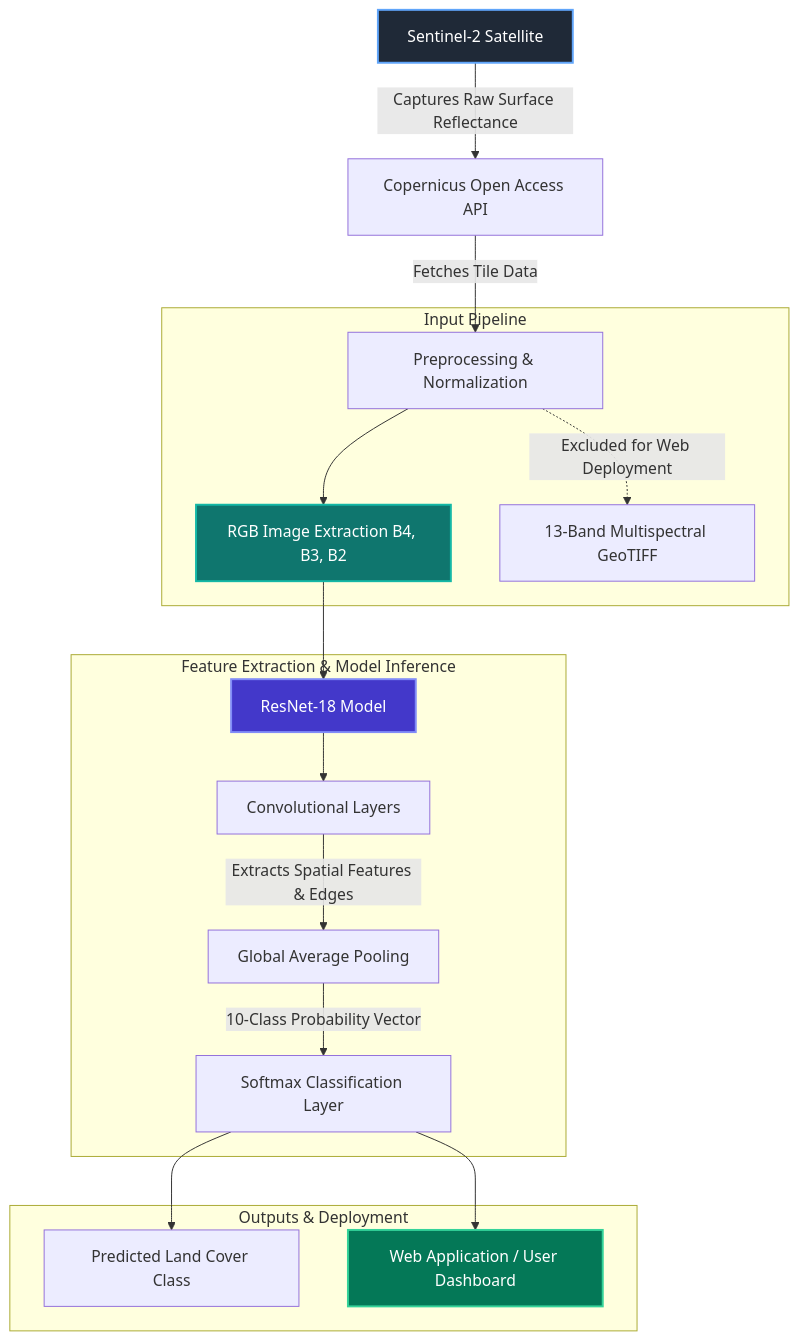
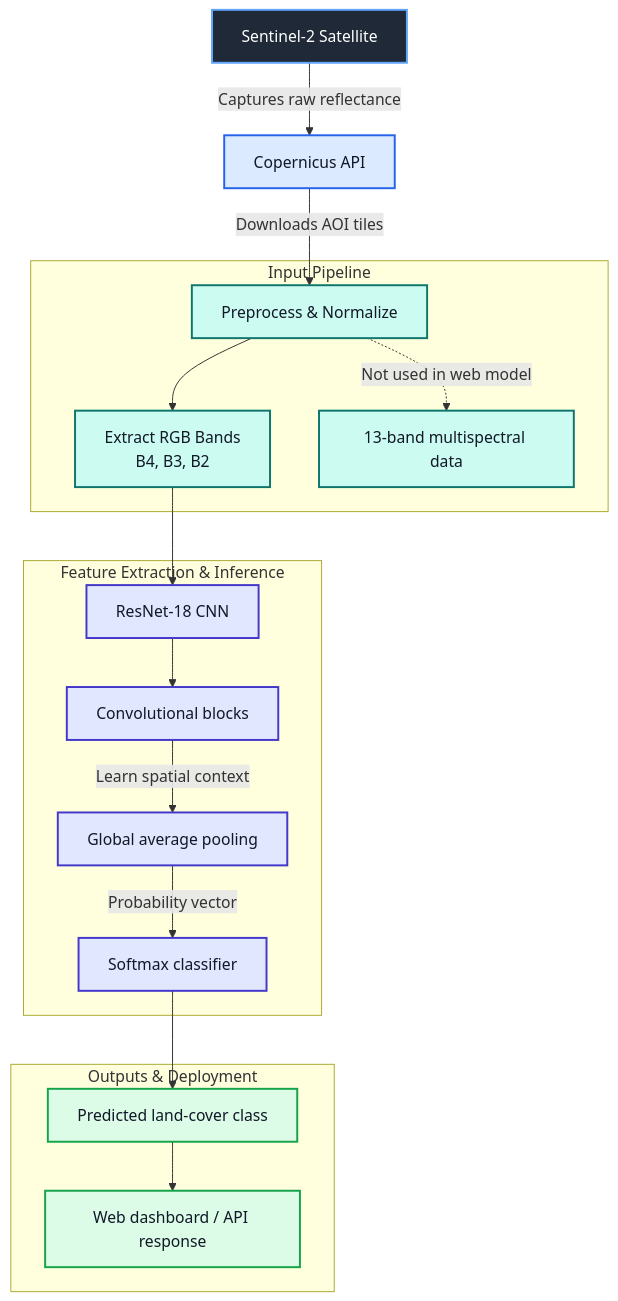
The diagram in README_MODEL.md (DariusSasarman/Land-cover-classification-ROSPIN-Summer-School), drawn with Mermaid before and after one commit.

Commit message:
modified the graph in README_MODEL.md

````diff
--- a/README_MODEL.md
+++ b/README_MODEL.md
@@ -293,27 +293,34 @@
 ```mermaid
 graph TD
-    A[Sentinel-2 Satellite] -->|Captures Raw Surface Reflectance| B[Copernicus Open Access API]
-    B -->|Fetches Tile Data| C[Preprocessing & Normalization]
+    A[Sentinel-2 Satellite] -->|Captures raw reflectance| B[Copernicus API]
+    B -->|Downloads AOI tiles| C[Preprocess & Normalize]
 
-    subgraph Input Pipeline
-        C --> D[RGB Image Extraction B4, B3, B2]
-        C -.->|Excluded for Web Deployment| E[13-Band Multispectral GeoTIFF]
+    subgraph Input Pipeline[Input Pipeline]
+        C --> D[Extract RGB Bands<br/>B4, B3, B2]
+        C -.->|Not used in web model| E[13-band multispectral data]
     end
 
-    subgraph Feature Extraction & Model Inference
-        D --> F[ResNet-18 Model]
-        F --> G[Convolutional Layers]
-        G -->|Extracts Spatial Features & Edges| H[Global Average Pooling]
-        H -->|10-Class Probability Vector| I[Softmax Classification Layer]
+    subgraph Model Pipeline[Feature Extraction & Inference]
+        D --> F[ResNet-18 CNN]
+        F --> G[Convolutional blocks]
+        G -->|Learn spatial context| H[Global average pooling]
+        H -->|Probability vector| I[Softmax classifier]
     end
 
-    subgraph Outputs & Deployment
-        I --> J[Predicted Land Cover Class]
-        I --> K[Web Application / User Dashboard]
+    subgraph Output Pipeline[Outputs & Deployment]
+        I --> J[Predicted land-cover class]
+        J --> K[Web dashboard / API response]
     end
 
-    style A fill:#1f2937,stroke:#60a5fa,stroke-width:2px,color:#fff
-    style D fill:#0f766e,stroke:#14b8a6,stroke-width:2px,color:#fff
-    style F fill:#4338ca,stroke:#818cf8,stroke-width:2px,color:#fff
-    style K fill:#047857,stroke:#34d399,stroke-width:2px,color:#fff
+    classDef satellite fill:#1f2937,stroke:#60a5fa,stroke-width:2px,color:#fff;
+    classDef api fill:#dbeafe,stroke:#2563eb,stroke-width:2px,color:#111827;
+    classDef prep fill:#ccfbf1,stroke:#0f766e,stroke-width:2px,color:#111827;
+    classDef model fill:#e0e7ff,stroke:#4338ca,stroke-width:2px,color:#111827;
+    classDef output fill:#dcfce7,stroke:#16a34a,stroke-width:2px,color:#111827;
+
+    class A satellite;
+    class B api;
+    class C,D,E prep;
+    class F,G,H,I model;
+    class J,K output;
 ```
````
